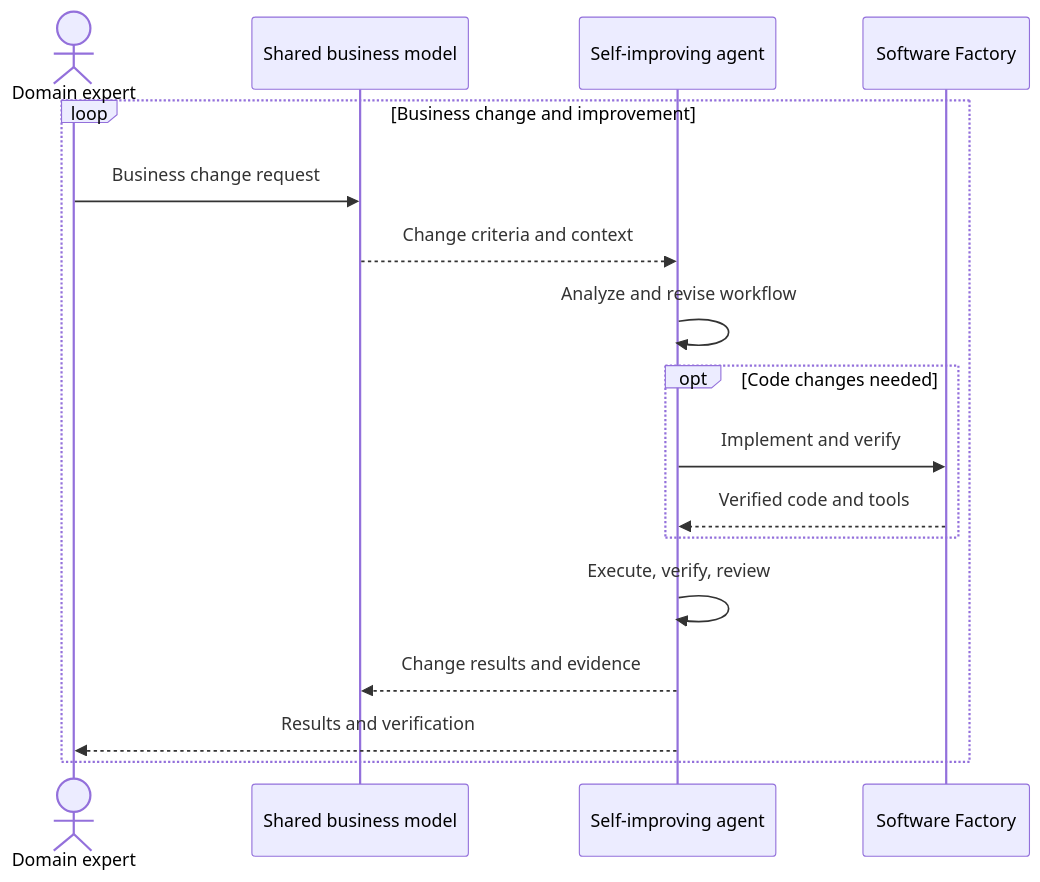
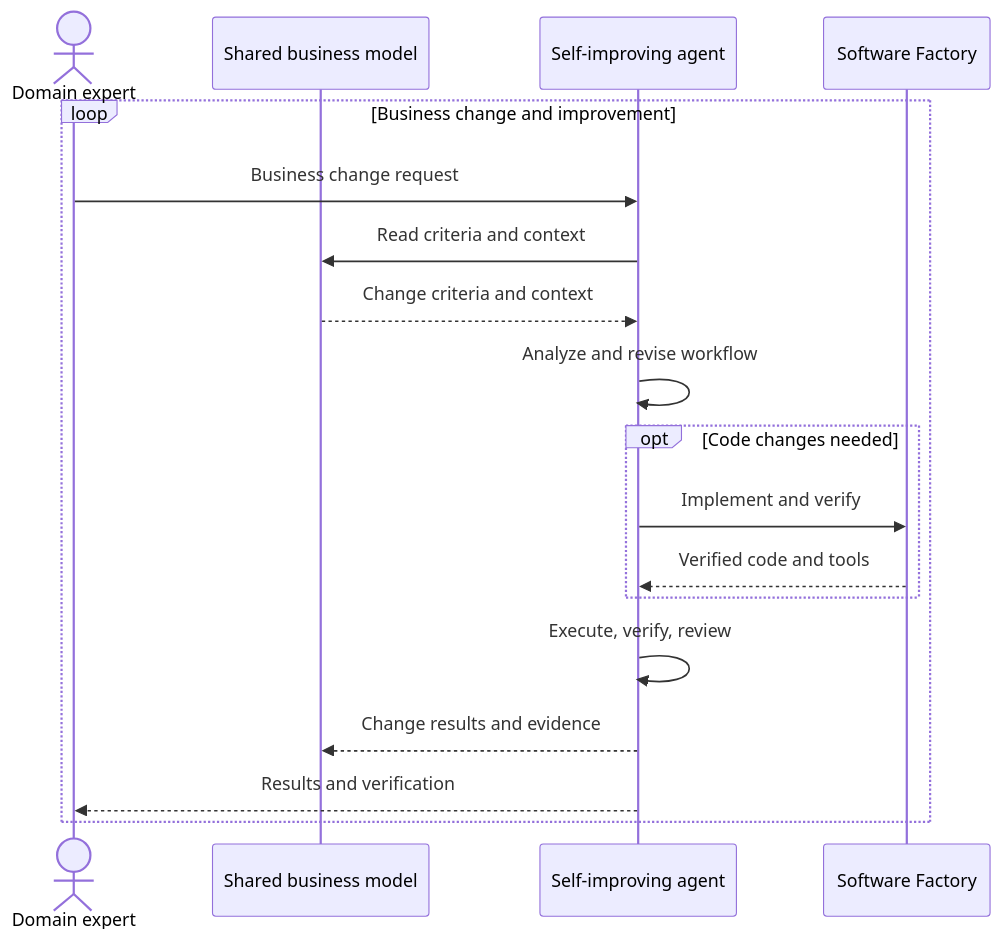
The third of 3 diagrams in _en/2026-11-05-enterprise-wide-ax-essentials.md (haandol/haandol.github.com), drawn with Mermaid before and after one commit. The commit also changed other lines of this file and 1 other file, not shown here.

````diff
--- a/_en/2026-11-05-enterprise-wide-ax-essentials.md
+++ b/_en/2026-11-05-enterprise-wide-ax-essentials.md
@@ -415,19 +164,20 @@
 ```mermaid
 sequenceDiagram
   actor O as Domain expert
   participant K as Shared business model
   participant A as Self-improving agent
   participant F as Software Factory
   loop Business change and improvement
-    O->>K: Business change request
+    O->>A: Business change request
+    A->>K: Read criteria and context
     K-->>A: Change criteria and context
     A->>A: Analyze and revise workflow
     opt Code changes needed
       A->>F: Implement and verify
       F-->>A: Verified code and tools
     end
     A->>A: Execute, verify, review
     A-->>K: Change results and evidence
     A-->>O: Results and verification
   end
 ```
````
